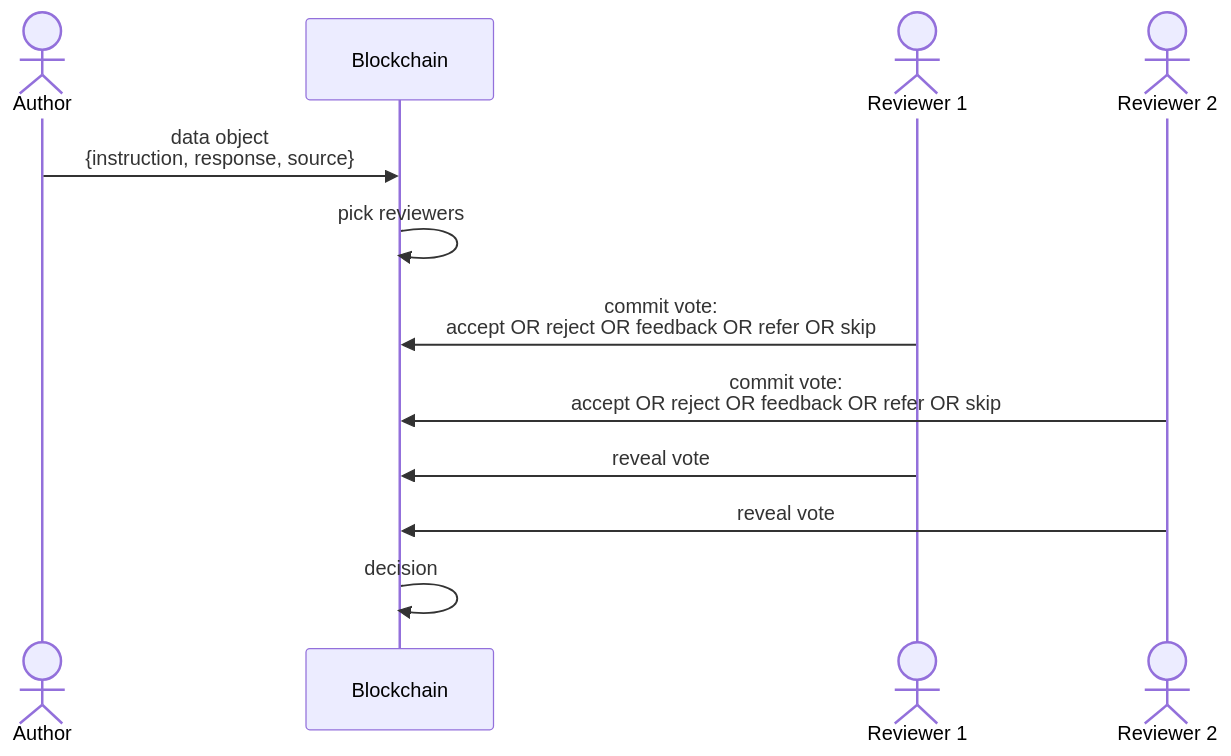
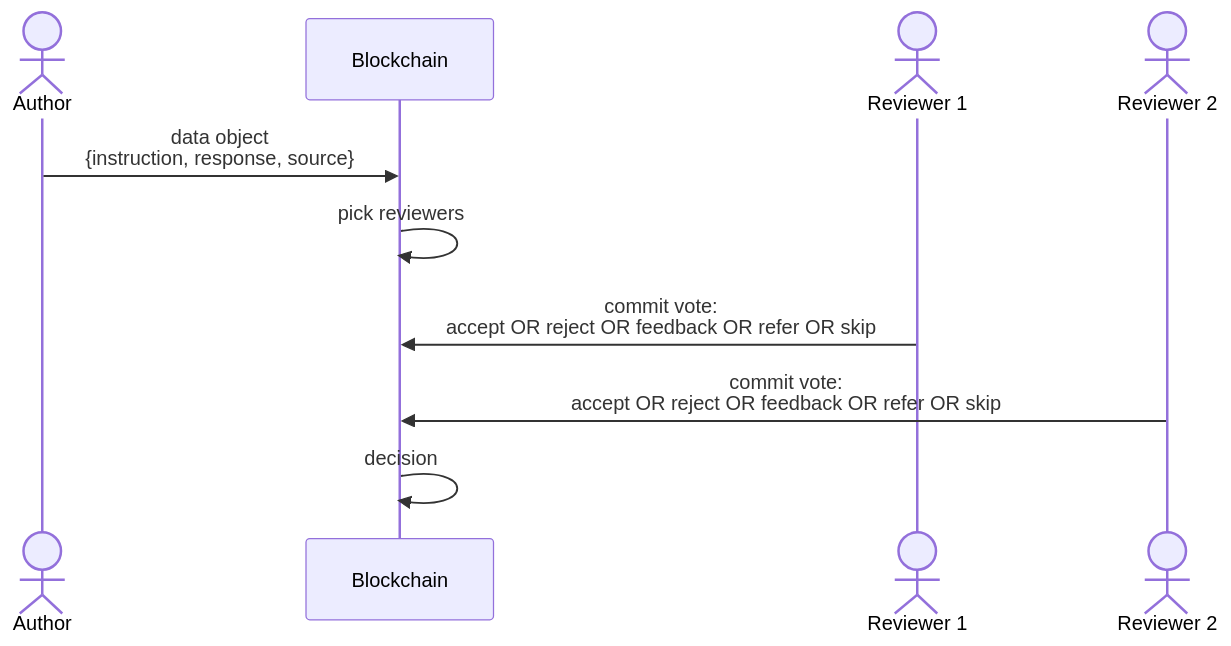
The diagram in visuals/ux.mmd (kirilligum/ethonline2023-goodprompt), drawn with Mermaid before and after one commit. The commit also changed 1 other file, not shown here.

```diff
--- a/visuals/ux.mmd
+++ b/visuals/ux.mmd
@@ -1,12 +1,10 @@
 sequenceDiagram
   actor a as Author
   participant b as Blockchain
   actor r1 as Reviewer 1
   actor r2 as Reviewer 2
   a ->> b: data object<br/>{instruction, response, source}
   b ->> b: pick reviewers
   r1 ->> b: commit vote:<br/>accept OR reject OR feedback OR refer OR skip
   r2 ->> b: commit vote:<br/>accept OR reject OR feedback OR refer OR skip
-  r1 ->> b: reveal vote
-  r2 ->> b: reveal vote
   b ->> b: decision
```
